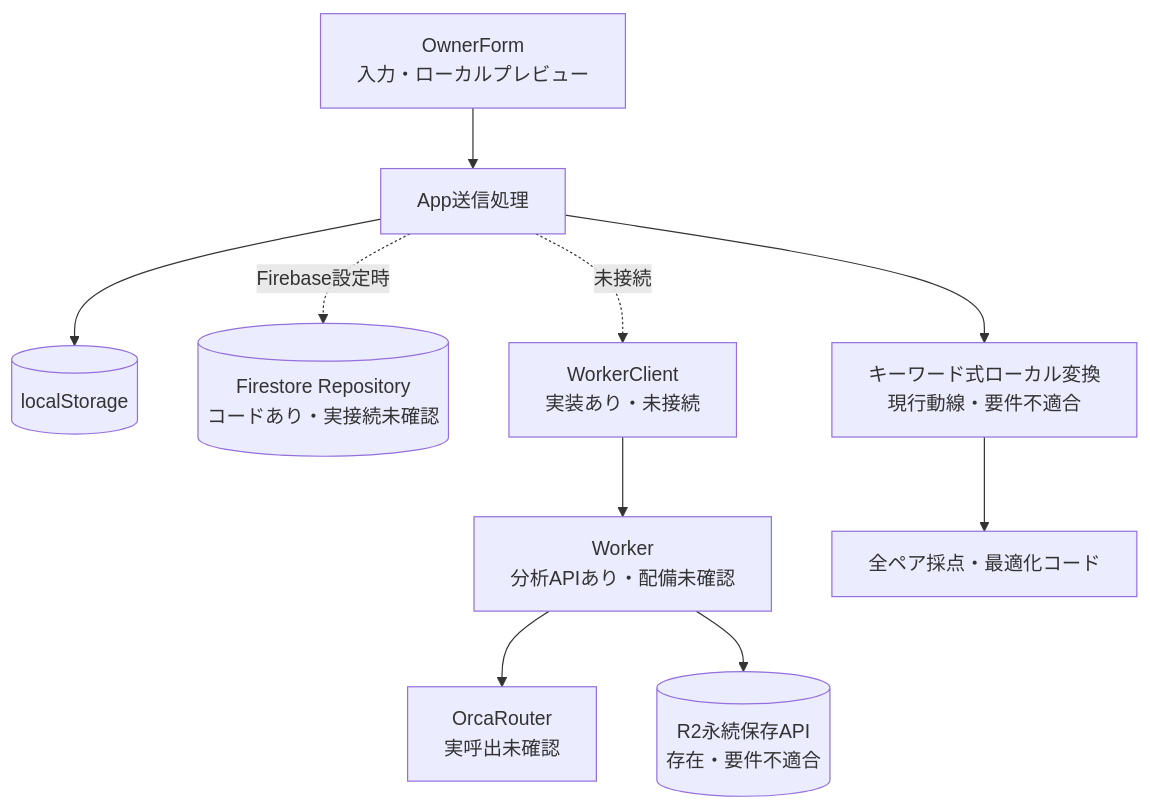
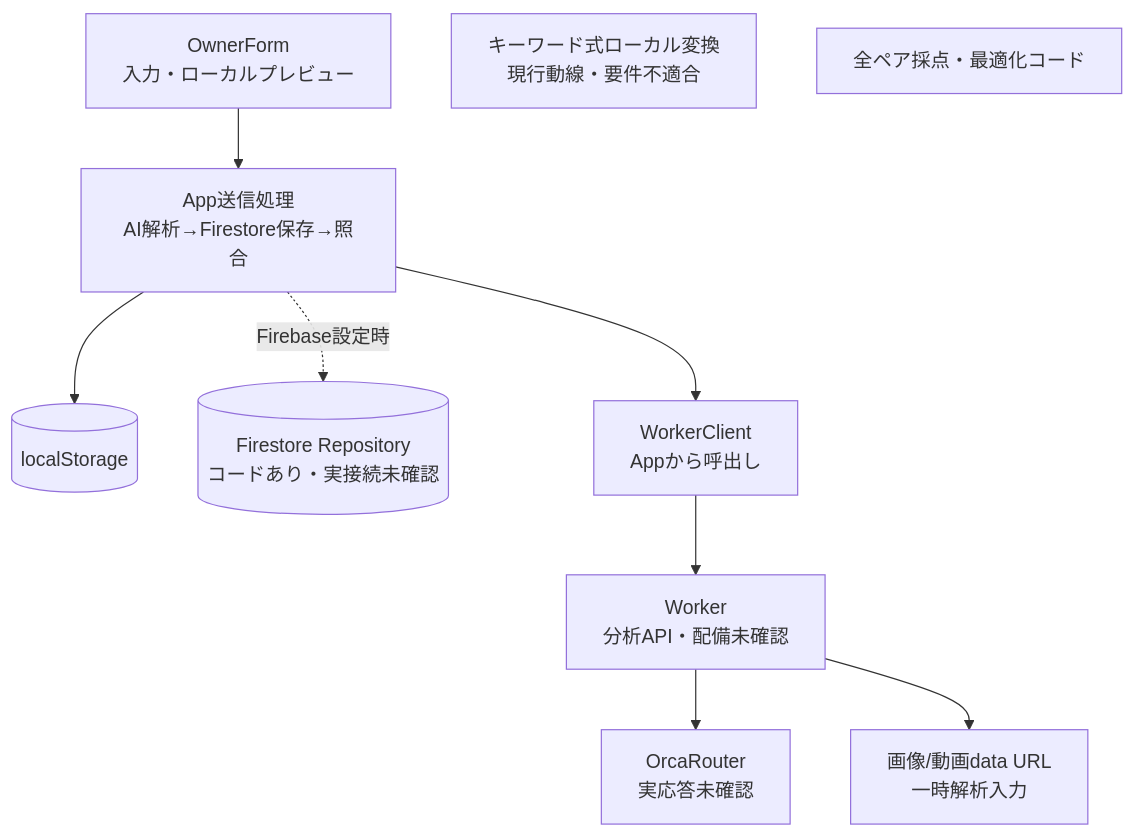
One commit to NoSea41oceanV/AI-HACK-2020609 changed the second of 2 diagrams in docs/アーキテクチャ図.md. Above: the diagram before and after it, drawn with Mermaid. The commit also changed other lines of this file and 6 other files, not shown here.

```diff
--- a/docs/アーキテクチャ図.md
+++ b/docs/アーキテクチャ図.md
@@ -39,23 +39,21 @@
 ~~~mermaid
 flowchart TB
     Form[OwnerForm<br/>入力・ローカルプレビュー]
-    App[App送信処理]
+    App[App送信処理<br/>AI解析→Firestore保存→照合]
     Local[(localStorage)]
     Firebase[(Firestore Repository<br/>コードあり・実接続未確認)]
     Keyword[キーワード式ローカル変換<br/>現行動線・要件不適合]
-    WorkerClient[WorkerClient<br/>実装あり・未接続]
-    Worker[Worker<br/>分析APIあり・配備未確認]
-    R2[(R2永続保存API<br/>存在・要件不適合)]
-    Orca[OrcaRouter<br/>実呼出未確認]
+    WorkerClient[WorkerClient<br/>Appから呼出し]
+    Worker[Worker<br/>分析API・配備未確認]
+    Temp[画像/動画data URL<br/>一時解析入力]
+    Orca[OrcaRouter<br/>実応答未確認]
     Matcher[全ペア採点・最適化コード]
 
     Form --> App
     App --> Local
     App -. Firebase設定時 .-> Firebase
-    App --> Keyword
-    Keyword --> Matcher
-    App -. 未接続 .-> WorkerClient
+    App --> WorkerClient
     WorkerClient --> Worker
     Worker --> Orca
-    Worker --> R2
+    Worker --> Temp
 ~~~
```
